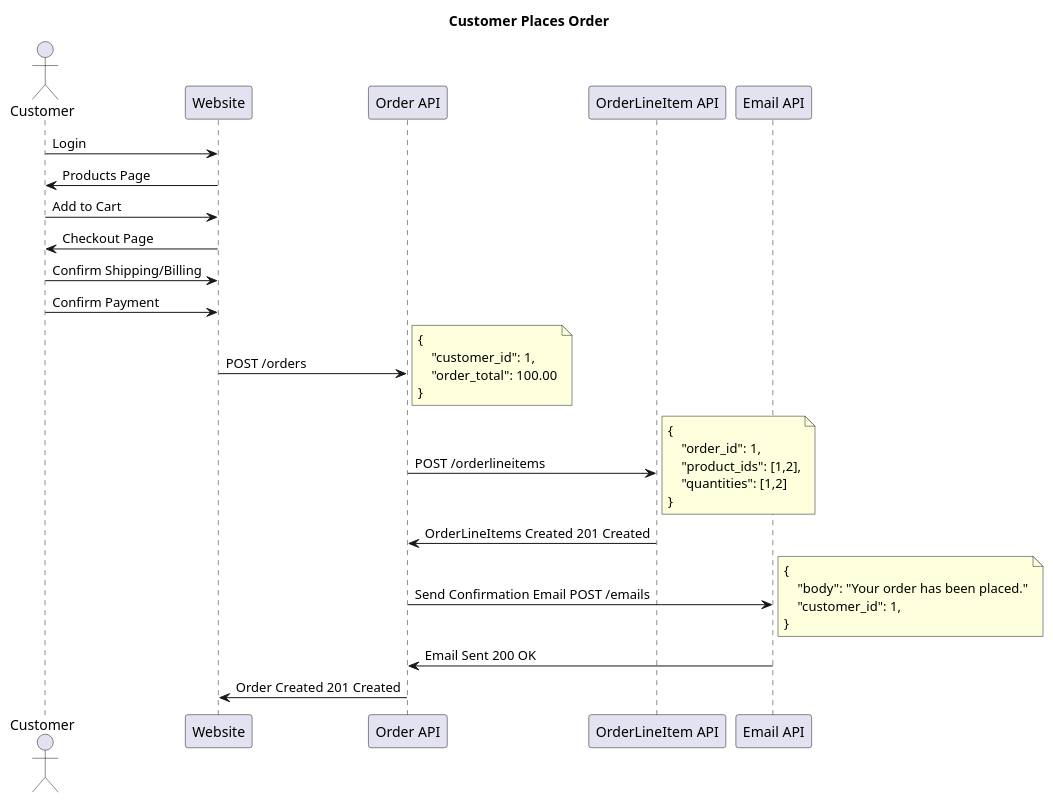
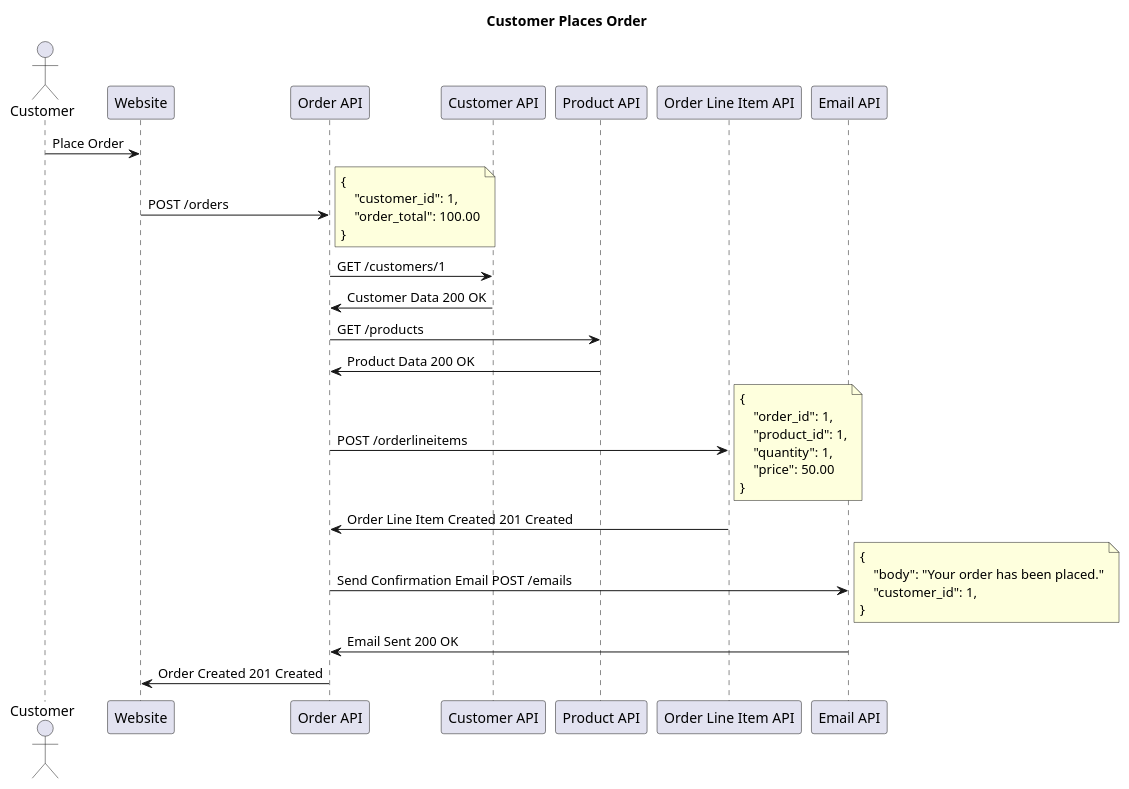
Before and after one commit to jjoneson/workforce-demo-scratch: the diagram in architecture/sequence-diagrams/Customer Places Order.md, drawn with PlantUML.

Commit message:
Updated by Workflow

```diff
--- a/architecture/sequence-diagrams/Customer Places Order.md
+++ b/architecture/sequence-diagrams/Customer Places Order.md
@@ -2,41 +2,43 @@
 @startuml Customer Places Order
 title Customer Places Order
 actor Customer
 participant Website
 participant OrderAPI as "Order API"
-participant OrderLineItemAPI as "OrderLineItem API"
+participant CustomerAPI as "Customer API"
+participant ProductAPI as "Product API"
+participant OrderLineItemAPI as "Order Line Item API"
 participant EmailAPI as "Email API"
 
-Customer -> Website: Login
-Website -> Customer: Products Page
-Customer -> Website: Add to Cart
-Website -> Customer: Checkout Page
-Customer -> Website: Confirm Shipping/Billing 
-Customer -> Website: Confirm Payment
+Customer -> Website: Place Order
 Website -> OrderAPI: POST /orders
 note right
 {
     "customer_id": 1,
     "order_total": 100.00
 }
 end note
+OrderAPI -> CustomerAPI: GET /customers/1
+CustomerAPI -> OrderAPI: Customer Data 200 OK
+OrderAPI -> ProductAPI: GET /products
+ProductAPI -> OrderAPI: Product Data 200 OK
 OrderAPI -> OrderLineItemAPI: POST /orderlineitems
 note right
 {
     "order_id": 1,
-    "product_ids": [1,2],
-    "quantities": [1,2]
-} 
+    "product_id": 1,
+    "quantity": 1,
+    "price": 50.00
+}
 end note
-OrderLineItemAPI -> OrderAPI: OrderLineItems Created 201 Created
+OrderLineItemAPI -> OrderAPI: Order Line Item Created 201 Created
 OrderAPI -> EmailAPI: Send Confirmation Email POST /emails
 note right
 {
     "body": "Your order has been placed."
     "customer_id": 1,
 }
 end note
 EmailAPI -> OrderAPI: Email Sent 200 OK
 OrderAPI -> Website: Order Created 201 Created
 
 @enduml
```
